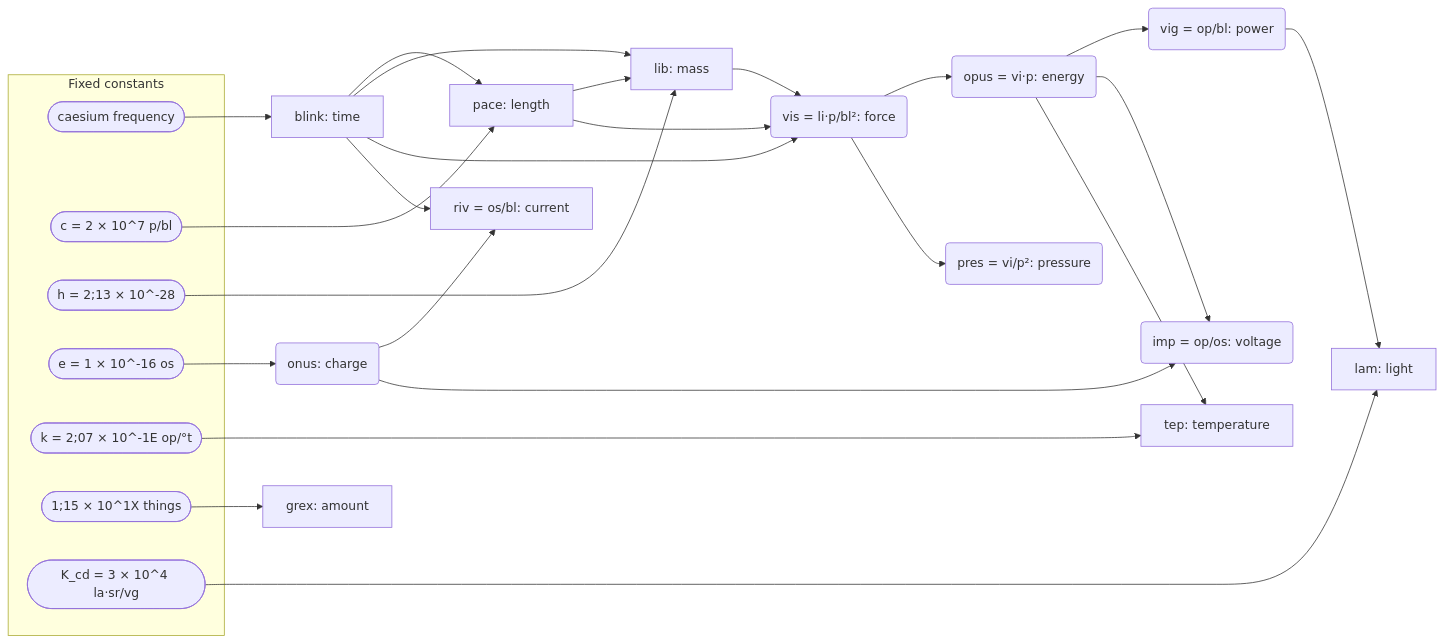
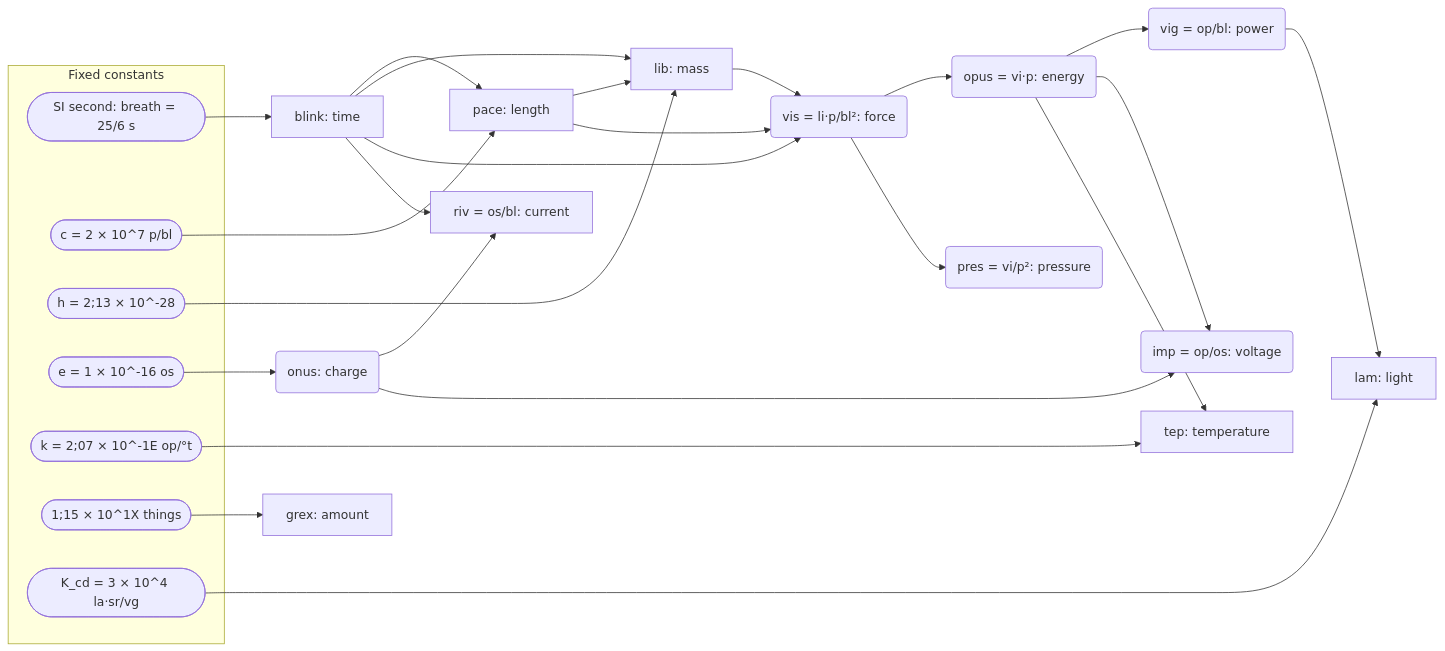
The first of 4 diagrams in ideas.md (rdmarsh/paludal), drawn with Mermaid before and after one commit. The commit also changed other lines of this file and 1 other file, not shown here.

Commit message:
Define time by the SI second (breath = 25/6 s); exact SI values table; Primel c and digits notes

````diff
--- a/ideas.md
+++ b/ideas.md
@@ -120,29 +135,29 @@
 ```mermaid
 flowchart LR
   subgraph K [Fixed constants]
-    cs(["caesium frequency"])
+    cs(["SI second: breath = 25/6 s"])
     c(["c = 2 × 10^7 p/bl"])
     h(["h = 2;13 × 10^-28"])
     e(["e = 1 × 10^-16 os"])
     k(["k = 2;07 × 10^-1E op/°t"])
     n(["1;15 × 10^1X things"])
     kcd(["K_cd = 3 × 10^4 la·sr/vg"])
   end
   cs --> bl["blink: time"]
   c --> p["pace: length"]
   h --> li["lib: mass"]
   e --> os("onus: charge")
   k --> te["tep: temperature"]
   n --> gx["grex: amount"]
   kcd --> la["lam: light"]
   bl --> p
   bl & p --> li
   li & p & bl --> vi("vis = li·p/bl²: force")
   vi --> op("opus = vi·p: energy")
   op --> vg("vig = op/bl: power")
   vi --> pr("pres = vi/p²: pressure")
   os & bl --> ri["riv = os/bl: current"]
   op & os --> im("imp = op/os: voltage")
   op --> te
   vg --> la
 ```
````
